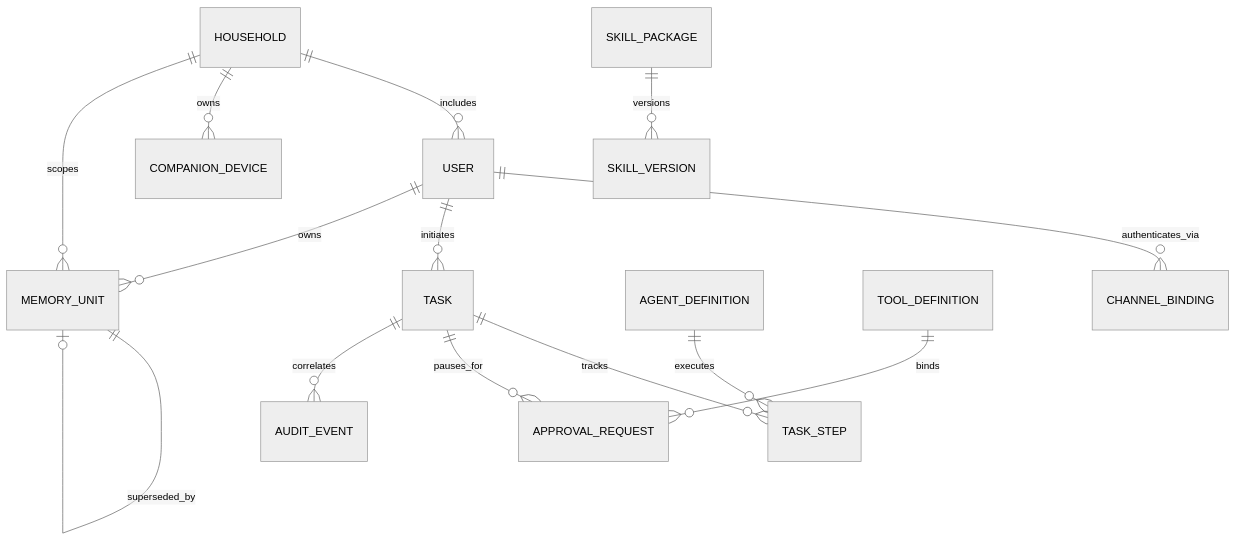
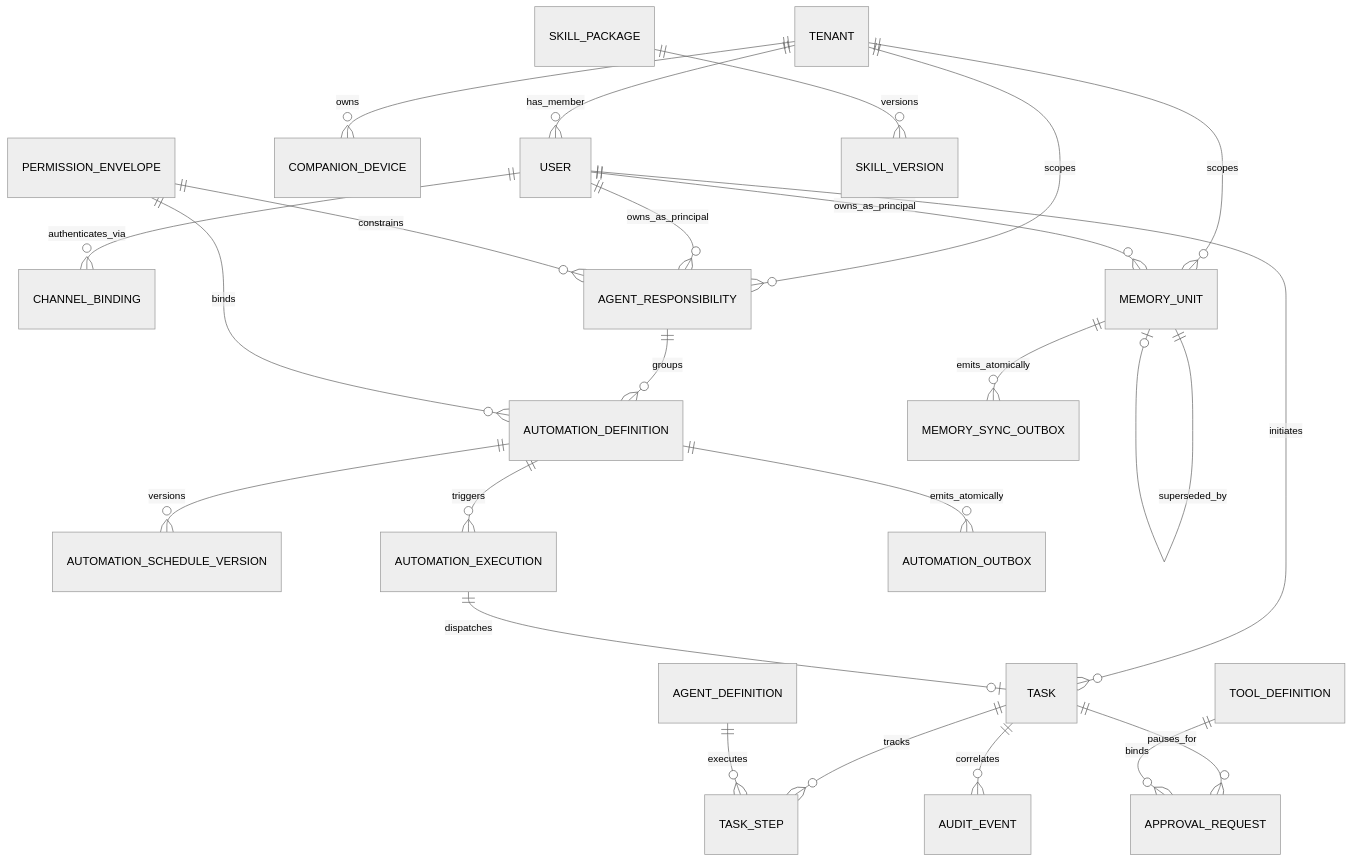
Diagram 13 of 20 in docs/02-hld/system-architecture.md (Abhishek-Kanti/Orbi), drawn with Mermaid (neutral theme) before and after one commit. The commit also changed other lines of this file and 13 other files, not shown here.

````diff
--- a/docs/02-hld/system-architecture.md
+++ b/docs/02-hld/system-architecture.md
@@ -711,16 +868,26 @@
 ```mermaid
 erDiagram
-    HOUSEHOLD ||--o{ USER : includes
+    TENANT ||--o{ USER : has_member
     USER ||--o{ CHANNEL_BINDING : authenticates_via
     USER ||--o{ TASK : initiates
-    HOUSEHOLD ||--o{ COMPANION_DEVICE : owns
+    TENANT ||--o{ COMPANION_DEVICE : owns
+    TENANT ||--o{ AGENT_RESPONSIBILITY : scopes
+    USER ||--o{ AGENT_RESPONSIBILITY : owns_as_principal
+    PERMISSION_ENVELOPE ||--o{ AGENT_RESPONSIBILITY : constrains
+    AGENT_RESPONSIBILITY ||--o{ AUTOMATION_DEFINITION : groups
+    PERMISSION_ENVELOPE ||--o{ AUTOMATION_DEFINITION : binds
+    AUTOMATION_DEFINITION ||--o{ AUTOMATION_SCHEDULE_VERSION : versions
+    AUTOMATION_DEFINITION ||--o{ AUTOMATION_EXECUTION : triggers
+    AUTOMATION_DEFINITION ||--o{ AUTOMATION_OUTBOX : emits_atomically
+    AUTOMATION_EXECUTION ||--o| TASK : dispatches
     TASK ||--o{ TASK_STEP : tracks
     TASK ||--o{ APPROVAL_REQUEST : pauses_for
     AGENT_DEFINITION ||--o{ TASK_STEP : executes
     TOOL_DEFINITION ||--o{ APPROVAL_REQUEST : binds
-    USER ||--o{ MEMORY_UNIT : owns
-    HOUSEHOLD ||--o{ MEMORY_UNIT : scopes
+    TENANT ||--o{ MEMORY_UNIT : scopes
+    USER ||--o{ MEMORY_UNIT : owns_as_principal
     MEMORY_UNIT ||--o| MEMORY_UNIT : superseded_by
+    MEMORY_UNIT ||--o{ MEMORY_SYNC_OUTBOX : emits_atomically
     SKILL_PACKAGE ||--o{ SKILL_VERSION : versions
     TASK ||--o{ AUDIT_EVENT : correlates
 ```
````
